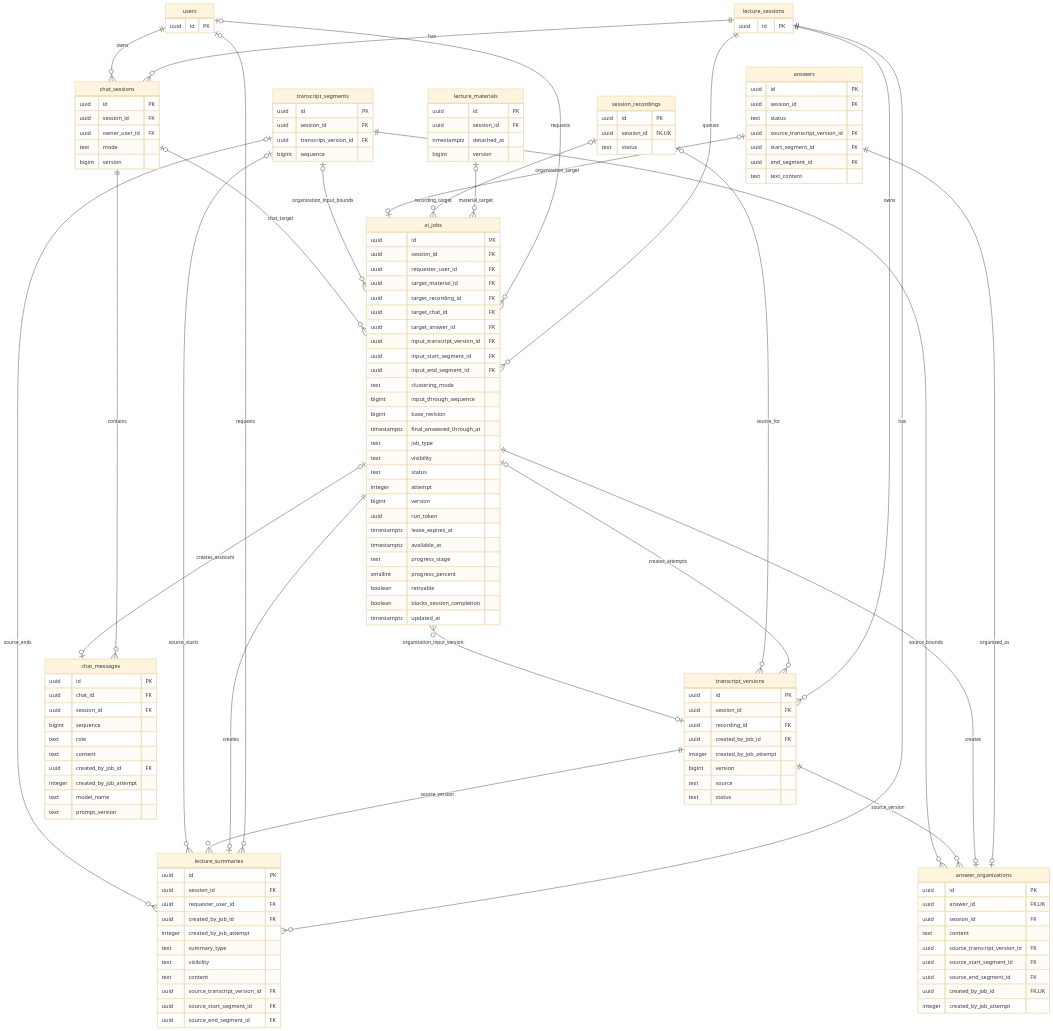
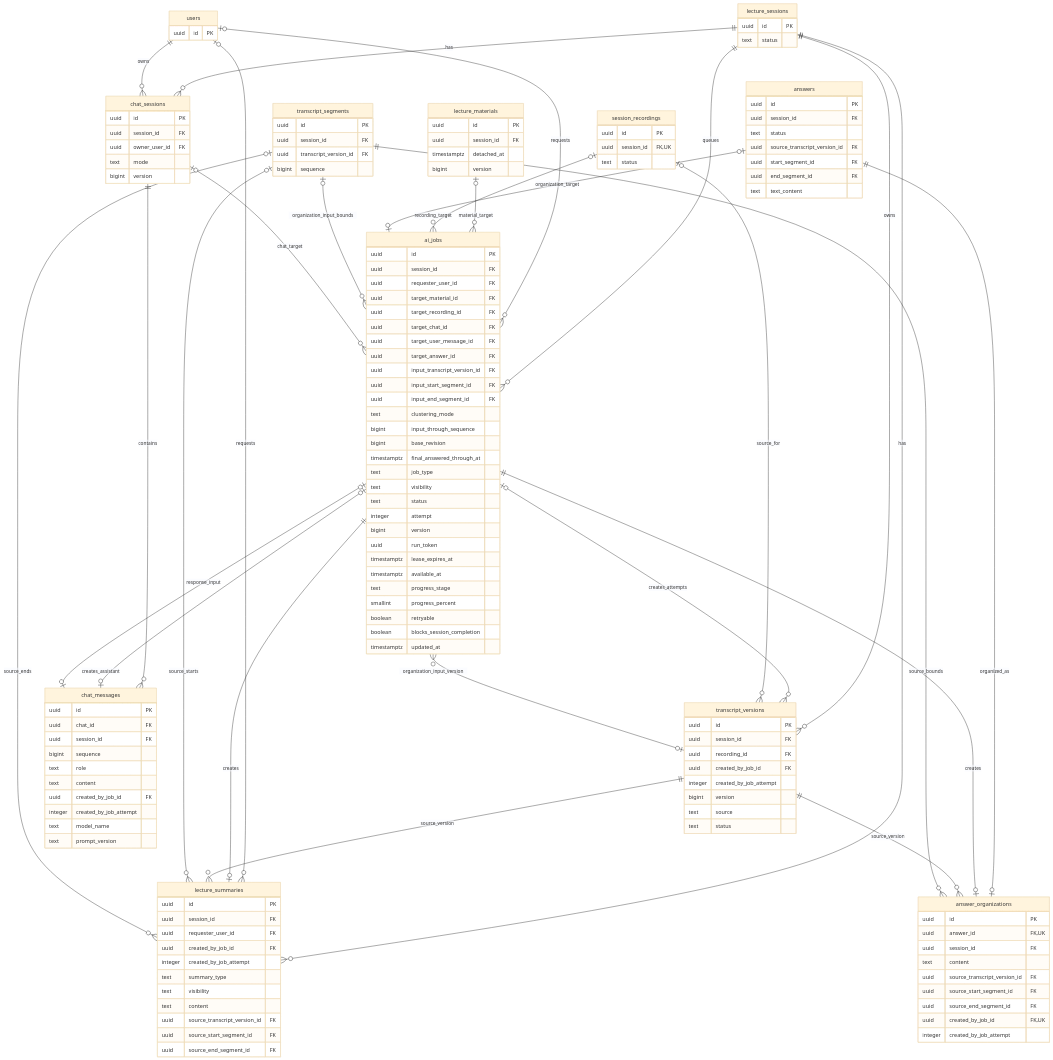
Before and after one commit to madcamp-official/26s-w2-c2-08: the fourth of 5 diagrams in docs/database/ERD.md, drawn with Mermaid (base theme). The commit also changed other lines of this file and 1 other file, not shown here.

````diff
--- a/docs/database/ERD.md
+++ b/docs/database/ERD.md
@@ -524,6 +527,7 @@
 
     lectureSessions["lecture_sessions"] {
         uuid id PK
+        text status
     }
 
     lectureMaterials["lecture_materials"] {
@@ -574,6 +578,7 @@
         uuid target_material_id FK
         uuid target_recording_id FK
         uuid target_chat_id FK
+        uuid target_user_message_id FK
         uuid target_answer_id FK
         uuid input_transcript_version_id FK
         uuid input_start_segment_id FK
@@ -668,5 +673,6 @@
     users ||--o{ chatSessions : owns
     chatSessions o|--o{ aiJobs : chat_target
     chatSessions ||--o{ chatMessages : contains
+    chatMessages o|--o| aiJobs : response_input
     aiJobs o|--o| chatMessages : creates_assistant
 ```
````
